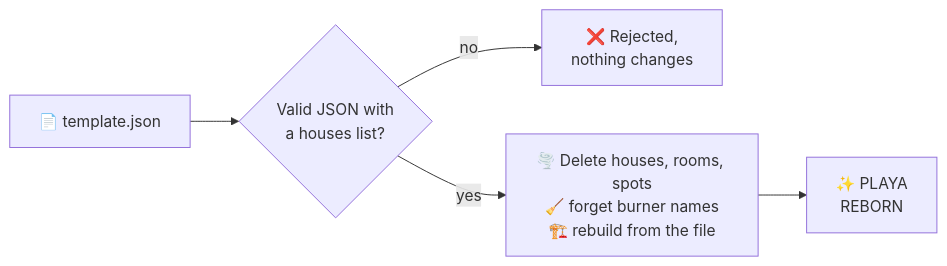
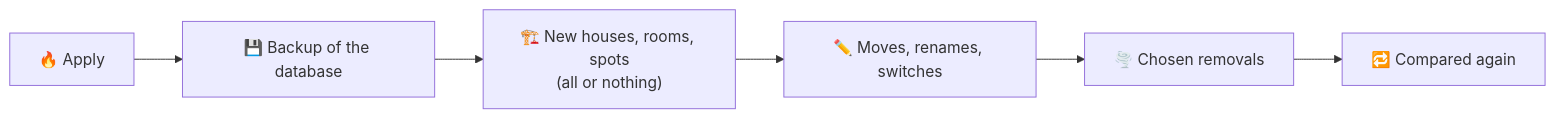
Before and after one commit to MorpheusMXML/hamburn-cozynights: the diagram in docs/admin/templates.md, drawn with Mermaid. The commit also changed other lines of this file and 13 other files, not shown here.

````diff
--- a/docs/admin/templates.md
+++ b/docs/admin/templates.md
@@ -20,7 +55,8 @@
 ```mermaid
 flowchart LR
-  file["📄 template.json"] --> check{"Valid JSON with<br/>a houses list?"}
-  check -- no --> stop["❌ Rejected,<br/>nothing changes"]
-  check -- yes --> wipe["🌪️ Delete houses, rooms, spots<br/>🧹 forget burner names<br/>🏗️ rebuild from the file"]
-  wipe --> done["✨ PLAYA<br/>REBORN"]
+  apply["🔥 Apply"] --> backup["💾 Backup of the database"]
+  backup --> create["🏗️ New houses, rooms, spots<br/>(all or nothing)"]
+  create --> change["✏️ Moves, renames, switches"]
+  change --> remove["🌪️ Chosen removals"]
+  remove --> again["🔁 Compared again"]
 ```
````
